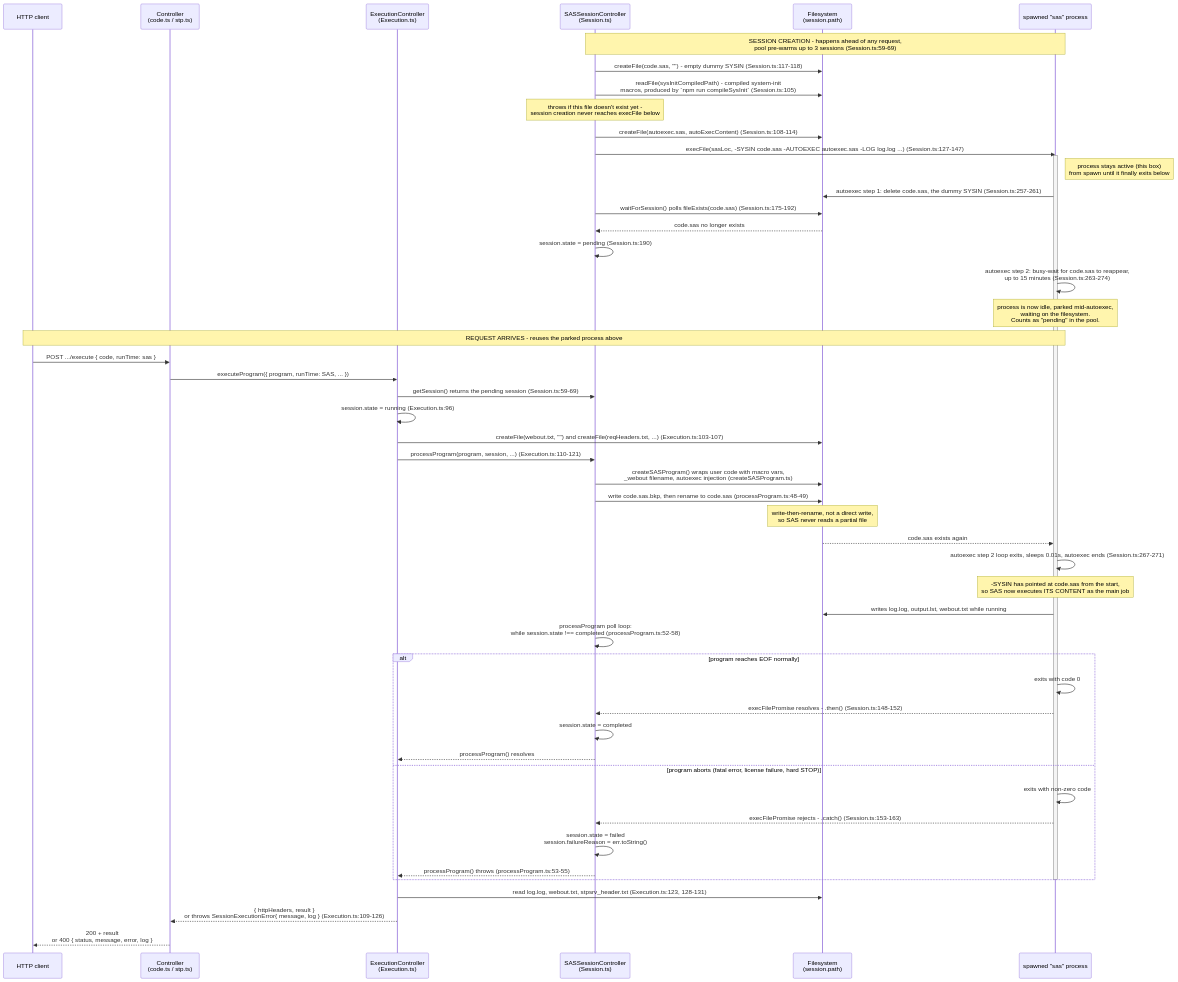
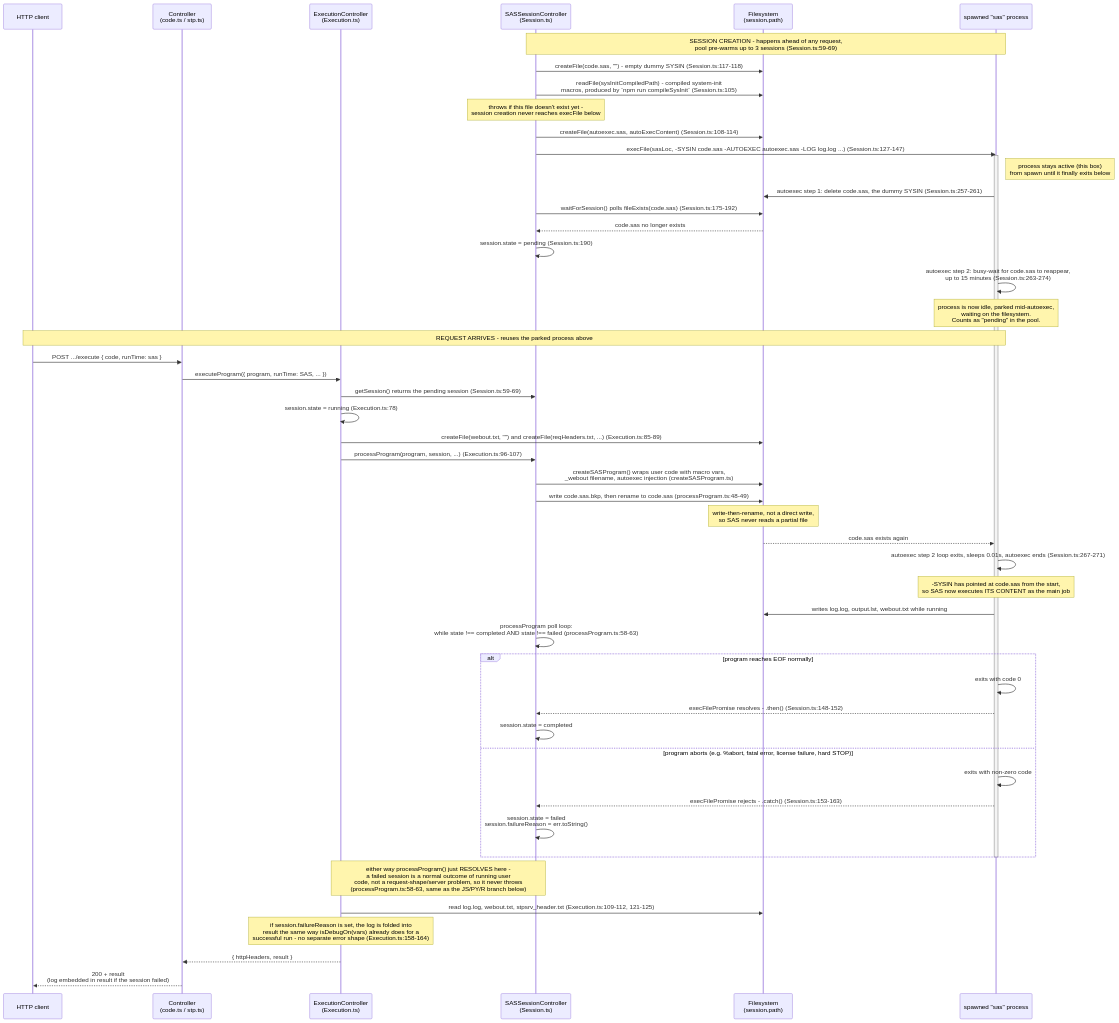
Before and after one commit to sasjs/server: the diagram in api/docs/diagrams/sas-execution-handshake.md, drawn with Mermaid. The commit also changed 11 other files, not shown here.

First line of the commit message:
fix(api): return 200 with embedded log on SAS session failure instead of 400

````diff
--- a/api/docs/diagrams/sas-execution-handshake.md
+++ b/api/docs/diagrams/sas-execution-handshake.md
@@ -8,59 +8,59 @@
 ```mermaid
 sequenceDiagram
     participant Client as HTTP client
     participant Ctrl as Controller<br/>(code.ts / stp.ts)
     participant Exec as ExecutionController<br/>(Execution.ts)
     participant Pool as SASSessionController<br/>(Session.ts)
     participant FS as Filesystem<br/>(session.path)
     participant SAS as spawned "sas" process
 
     Note over Pool,SAS: SESSION CREATION - happens ahead of any request,<br/>pool pre-warms up to 3 sessions (Session.ts:59-69)
     Pool->>FS: createFile(code.sas, "") - empty dummy SYSIN (Session.ts:117-118)
     Pool->>FS: readFile(sysInitCompiledPath) - compiled system-init<br/>macros, produced by `npm run compileSysInit` (Session.ts:105)
     Note over Pool: throws if this file doesn't exist yet -<br/>session creation never reaches execFile below
     Pool->>FS: createFile(autoexec.sas, autoExecContent) (Session.ts:108-114)
     Pool->>SAS: execFile(sasLoc, -SYSIN code.sas -AUTOEXEC autoexec.sas -LOG log.log ...) (Session.ts:127-147)
     activate SAS
     Note right of SAS: process stays active (this box)<br/>from spawn until it finally exits below
     SAS->>FS: autoexec step 1: delete code.sas, the dummy SYSIN (Session.ts:257-261)
     Pool->>FS: waitForSession() polls fileExists(code.sas) (Session.ts:175-192)
     FS-->>Pool: code.sas no longer exists
     Pool->>Pool: session.state = pending (Session.ts:190)
     SAS->>SAS: autoexec step 2: busy-wait for code.sas to reappear,<br/>up to 15 minutes (Session.ts:263-274)
     Note over SAS: process is now idle, parked mid-autoexec,<br/>waiting on the filesystem.<br/>Counts as "pending" in the pool.
 
     Note over Client,SAS: REQUEST ARRIVES - reuses the parked process above
     Client->>Ctrl: POST .../execute { code, runTime: sas }
     Ctrl->>Exec: executeProgram({ program, runTime: SAS, ... })
     Exec->>Pool: getSession() returns the pending session (Session.ts:59-69)
-    Exec->>Exec: session.state = running (Execution.ts:96)
-    Exec->>FS: createFile(webout.txt, "") and createFile(reqHeaders.txt, ...) (Execution.ts:103-107)
-    Exec->>Pool: processProgram(program, session, ...) (Execution.ts:110-121)
+    Exec->>Exec: session.state = running (Execution.ts:78)
+    Exec->>FS: createFile(webout.txt, "") and createFile(reqHeaders.txt, ...) (Execution.ts:85-89)
+    Exec->>Pool: processProgram(program, session, ...) (Execution.ts:96-107)
     Pool->>FS: createSASProgram() wraps user code with macro vars,<br/>_webout filename, autoexec injection (createSASProgram.ts)
     Pool->>FS: write code.sas.bkp, then rename to code.sas (processProgram.ts:48-49)
     Note over FS: write-then-rename, not a direct write,<br/>so SAS never reads a partial file
 
     FS-->>SAS: code.sas exists again
     SAS->>SAS: autoexec step 2 loop exits, sleeps 0.01s, autoexec ends (Session.ts:267-271)
     Note over SAS: -SYSIN has pointed at code.sas from the start,<br/>so SAS now executes ITS CONTENT as the main job
     SAS->>FS: writes log.log, output.lst, webout.txt while running
 
-    Pool->>Pool: processProgram poll loop:<br/>while session.state !== completed (processProgram.ts:52-58)
+    Pool->>Pool: processProgram poll loop:<br/>while state !== completed AND state !== failed (processProgram.ts:58-63)
 
     alt program reaches EOF normally
         SAS->>SAS: exits with code 0
         SAS-->>Pool: execFilePromise resolves - .then() (Session.ts:148-152)
         Pool->>Pool: session.state = completed
-        Pool-->>Exec: processProgram() resolves
-    else program aborts (fatal error, license failure, hard STOP)
+    else program aborts (e.g. %abort, fatal error, license failure, hard STOP)
         SAS->>SAS: exits with non-zero code
         SAS-->>Pool: execFilePromise rejects - .catch() (Session.ts:153-163)
         Pool->>Pool: session.state = failed<br/>session.failureReason = err.toString()
-        Pool-->>Exec: processProgram() throws (processProgram.ts:53-55)
     end
     deactivate SAS
+    Note over Pool,Exec: either way processProgram() just RESOLVES here -<br/>a failed session is a normal outcome of running user<br/>code, not a request-shape/server problem, so it never throws<br/>(processProgram.ts:58-63, same as the JS/PY/R branch below)
 
-    Exec->>FS: read log.log, webout.txt, stpsrv_header.txt (Execution.ts:123, 128-131)
-    Exec-->>Ctrl: { httpHeaders, result }<br/>or throws SessionExecutionError{ message, log } (Execution.ts:109-126)
-    Ctrl-->>Client: 200 + result<br/>or 400 { status, message, error, log }
+    Exec->>FS: read log.log, webout.txt, stpsrv_header.txt (Execution.ts:109-112, 121-125)
+    Note over Exec: if session.failureReason is set, the log is folded into<br/>result the same way isDebugOn(vars) already does for a<br/>successful run - no separate error shape (Execution.ts:158-164)
+    Exec-->>Ctrl: { httpHeaders, result }
+    Ctrl-->>Client: 200 + result<br/>(log embedded in result if the session failed)
 ```
````
